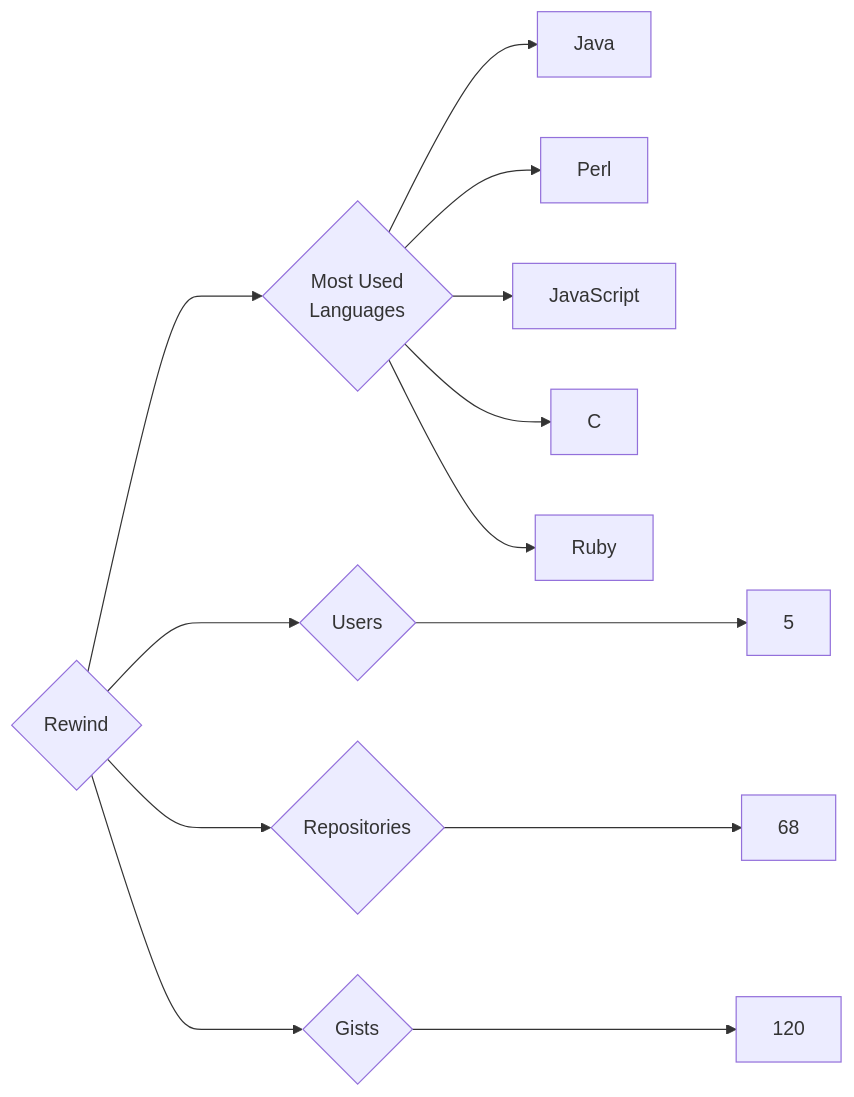
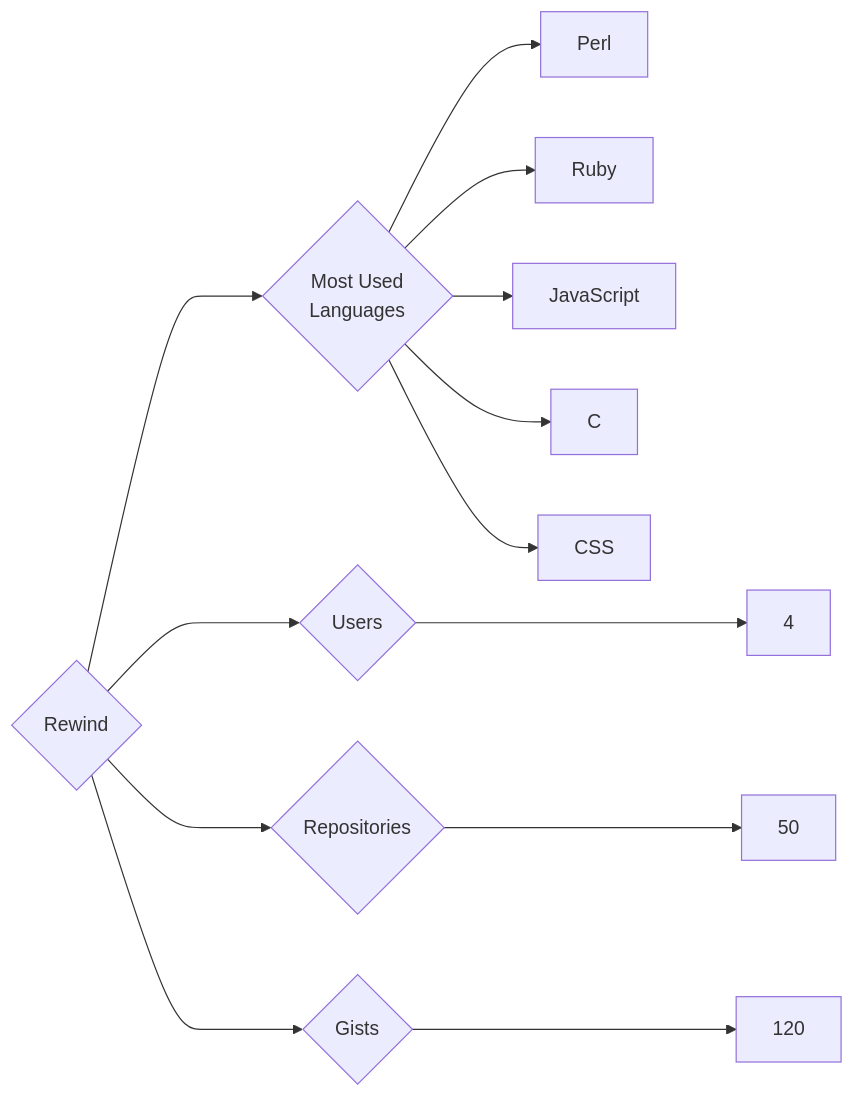
One commit to trickest/insiders changed the diagram in targets/Rewind/README.md. Above: the diagram before and after it, drawn with Mermaid. The commit also changed 1479 other files, not shown here.

````diff
--- a/targets/Rewind/README.md
+++ b/targets/Rewind/README.md
@@ -3,13 +3,13 @@
 ```mermaid
 graph LR
 COMPANY_NAME{Rewind}
-COMPANY_NAME ---> U{Users} ---> UN[5]
-COMPANY_NAME ---> R{Repositories} ---> RN[68]
+COMPANY_NAME ---> U{Users} ---> UN[4]
+COMPANY_NAME ---> R{Repositories} ---> RN[50]
 COMPANY_NAME ---> G{Gists} ---> GN[120]
 COMPANY_NAME ---> ML{Most Used<br>Languages}
-ML --> Java[Java]
 ML --> Perl[Perl]
+ML --> Ruby[Ruby]
 ML --> JavaScript[JavaScript]
 ML --> C[C]
-ML --> Ruby[Ruby]
+ML --> CSS[CSS]
 ```
````
